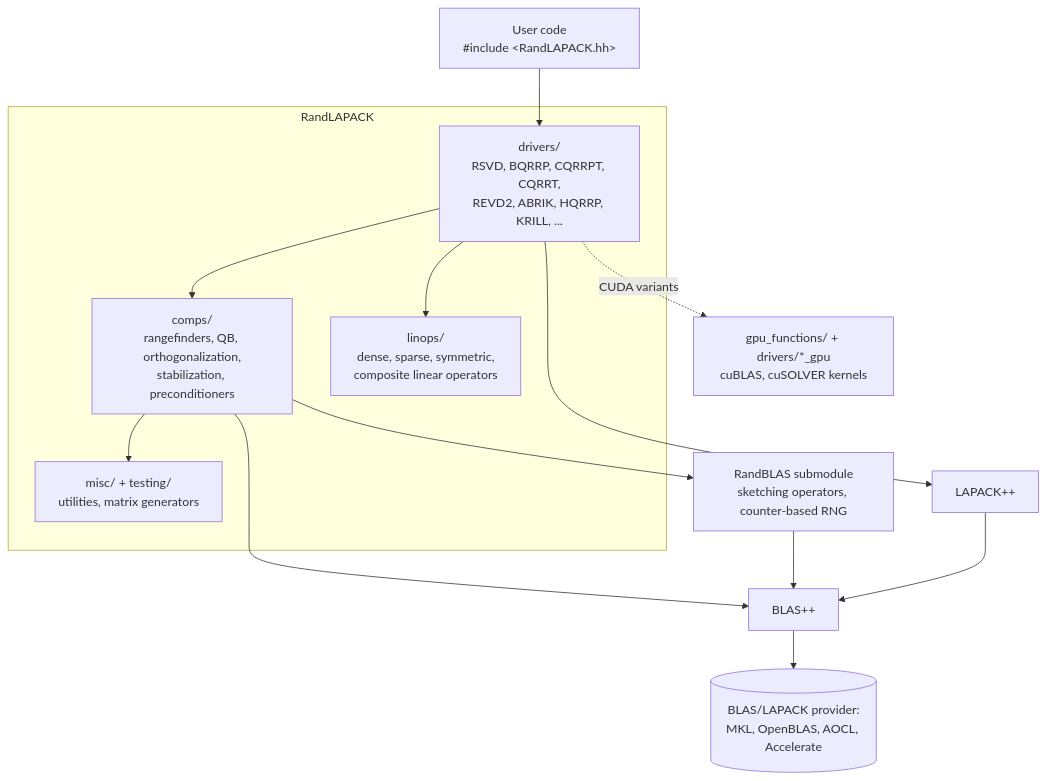
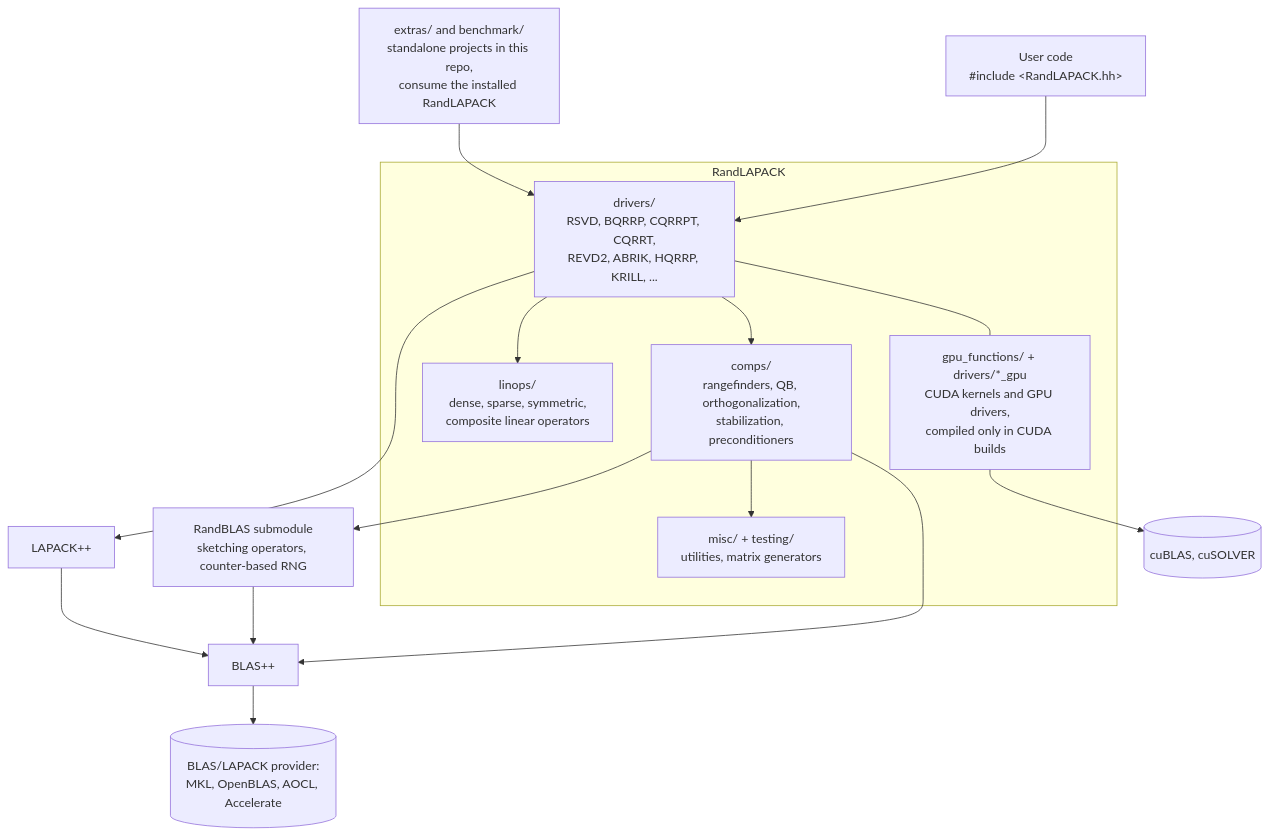
One commit to BallisticLA/RandLAPACK changed the diagram in ARCHITECTURE.md. Above: the diagram before and after it, drawn with Mermaid. The commit also changed 1 other file, not shown here.

Commit message:
Docs review fixes: GPU inside the library diagram, extras/benchmarks shown, CUDA table expanded
The architecture diagram drew the GPU code as a satellite outside the
RandLAPACK box; gpu_functions/ and drivers/*_gpu are part of the
library, so they now sit inside the subgraph, with cuBLAS/cuSOLVER as
their external dependency. extras/ and benchmark/ were missing
entirely; they appear as what they are, downstream consumers of the
installed RandLAPACK alongside user code. The CUDA/GCC matrix gains
the verified CUDA 13.3 + GCC 15.2 configuration and the GCC-14 cap of
CUDA 12.9's nvcc, and now states it lists verified configurations
rather than exhaustive support.

````diff
--- a/ARCHITECTURE.md
+++ b/ARCHITECTURE.md
@@ -20,20 +20,23 @@
 ```mermaid
 flowchart TD
     U[User code<br/>#include &lt;RandLAPACK.hh&gt;] --> D
+    X[extras/ and benchmark/<br/>standalone projects in this repo,<br/>consume the installed RandLAPACK] --> D
     subgraph RandLAPACK
         D[drivers/<br/>RSVD, BQRRP, CQRRPT, CQRRT,<br/>REVD2, ABRIK, HQRRP, KRILL, ...]
         C[comps/<br/>rangefinders, QB, orthogonalization,<br/>stabilization, preconditioners]
         L[linops/<br/>dense, sparse, symmetric,<br/>composite linear operators]
         M[misc/ + testing/<br/>utilities, matrix generators]
+        GPU[gpu_functions/ + drivers/*_gpu<br/>CUDA kernels and GPU drivers,<br/>compiled only in CUDA builds]
         D --> C
         D --> L
         C --> M
+        D --- GPU
     end
     C --> RB[RandBLAS submodule<br/>sketching operators, counter-based RNG]
     D --> LPP[LAPACK++]
     C --> BPP[BLAS++]
     RB --> BPP
     LPP --> BPP
     BPP --> BLAS[(BLAS/LAPACK provider:<br/>MKL, OpenBLAS, AOCL, Accelerate)]
-    D -. CUDA variants .-> GPU[gpu_functions/ + drivers/*_gpu<br/>cuBLAS, cuSOLVER kernels]
+    GPU --> CUDALIBS[(cuBLAS, cuSOLVER)]
 ```
````
